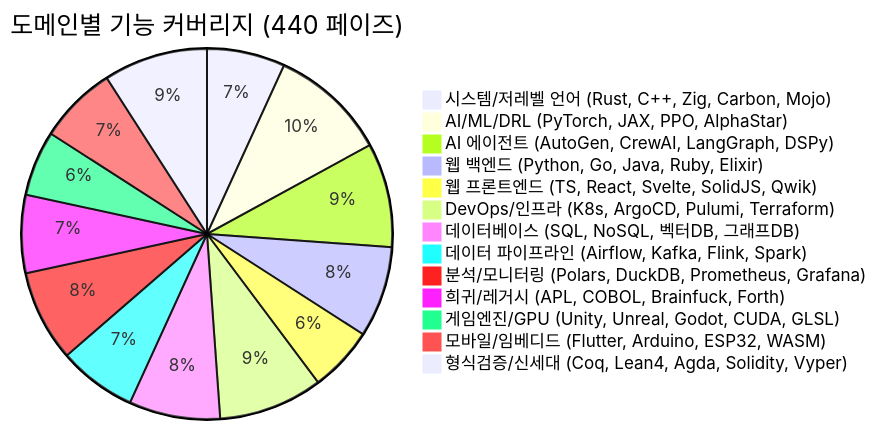
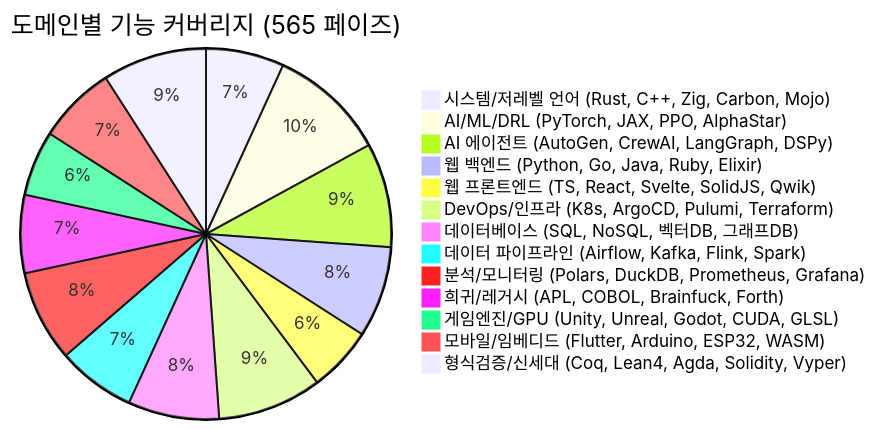
One commit to sun475300-sudo/Swarm-control-in-sc2bot changed diagram 28 of 33 in README.md. Above: the diagram before and after it, drawn with Mermaid. The commit also changed other lines of this file, not shown here.

````diff
--- a/README.md
+++ b/README.md
@@ -1292,16 +1339,16 @@
 ```mermaid
-pie title 도메인별 기능 커버리지 (440 페이즈)
+pie title 도메인별 기능 커버리지 (565 페이즈)
     "시스템/저레벨 언어 (Rust, C++, Zig, Carbon, Mojo)" : 30
     "AI/ML/DRL (PyTorch, JAX, PPO, AlphaStar)" : 45
     "AI 에이전트 (AutoGen, CrewAI, LangGraph, DSPy)" : 40
     "웹 백엔드 (Python, Go, Java, Ruby, Elixir)" : 35
     "웹 프론트엔드 (TS, React, Svelte, SolidJS, Qwik)" : 25
     "DevOps/인프라 (K8s, ArgoCD, Pulumi, Terraform)" : 40
     "데이터베이스 (SQL, NoSQL, 벡터DB, 그래프DB)" : 35
     "데이터 파이프라인 (Airflow, Kafka, Flink, Spark)" : 30
     "분석/모니터링 (Polars, DuckDB, Prometheus, Grafana)" : 35
     "희귀/레거시 (APL, COBOL, Brainfuck, Forth)" : 30
     "게임엔진/GPU (Unity, Unreal, Godot, CUDA, GLSL)" : 25
     "모바일/임베디드 (Flutter, Arduino, ESP32, WASM)" : 30
     "형식검증/신세대 (Coq, Lean4, Agda, Solidity, Vyper)" : 40
 ```
````
